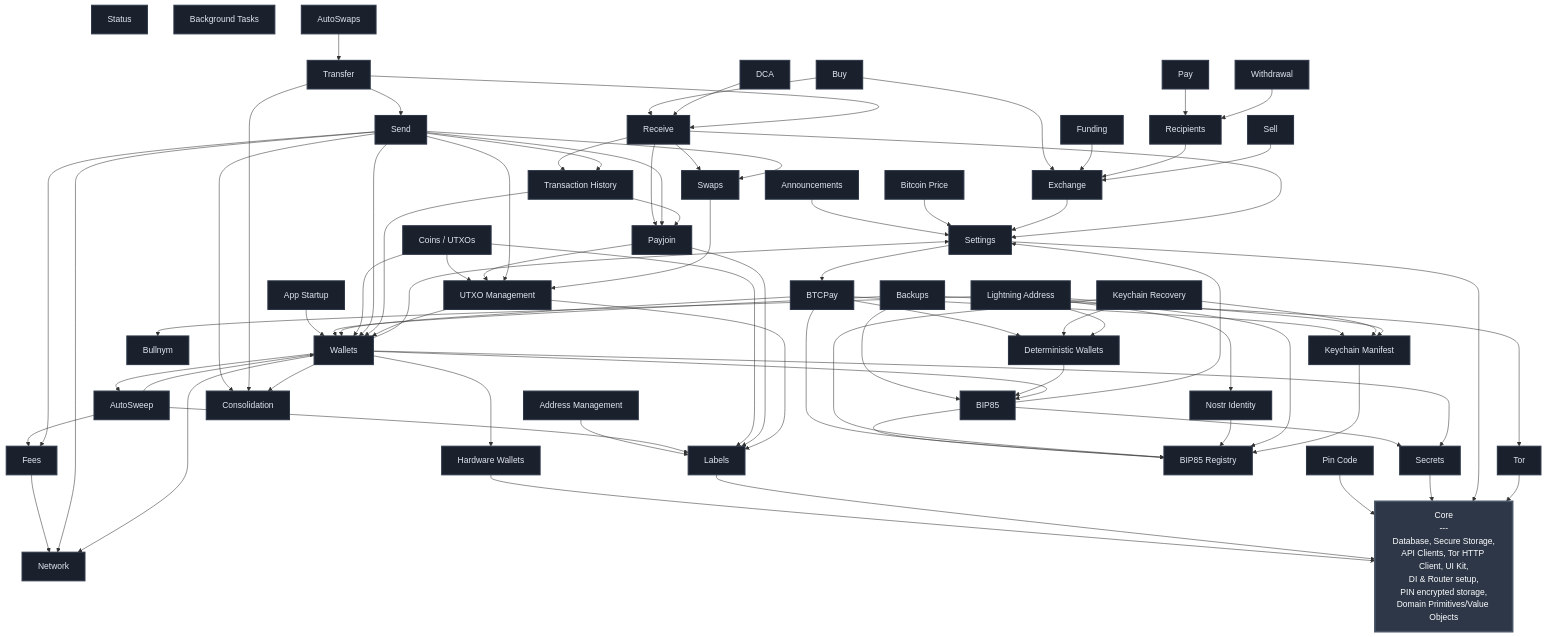
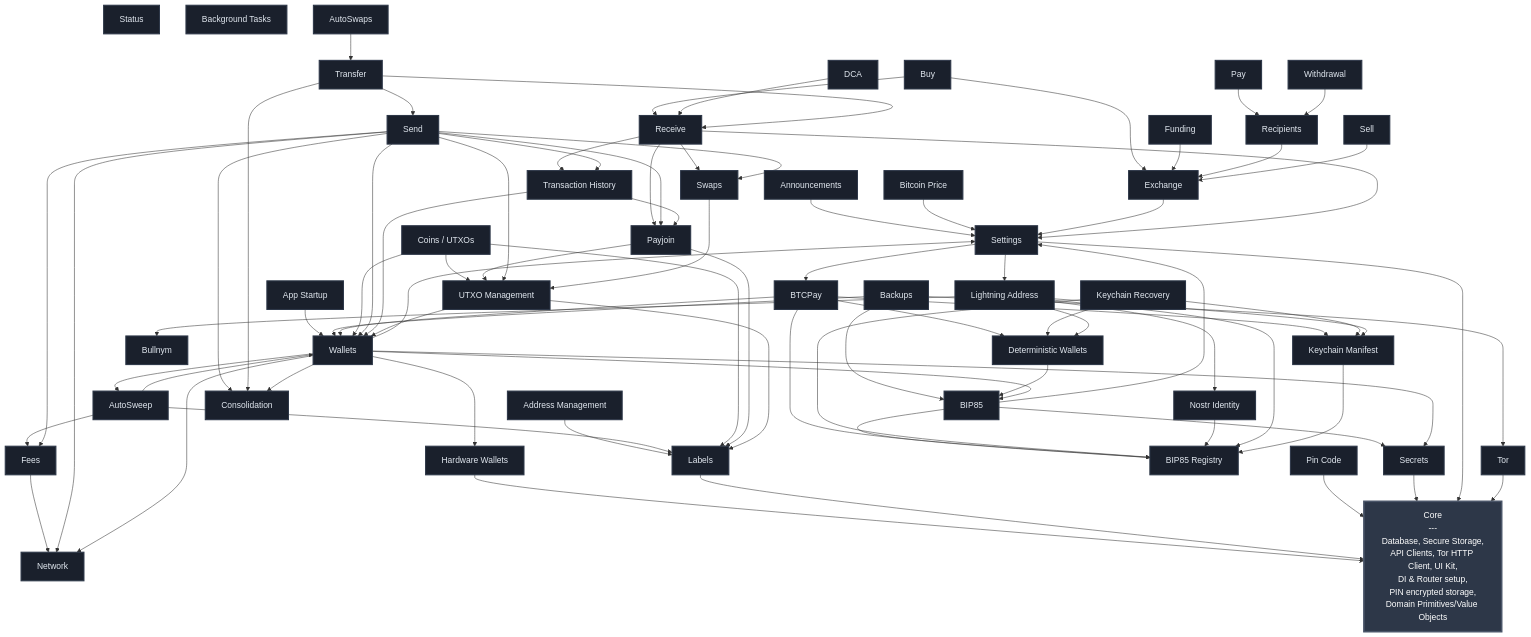
Before and after one commit to BullishNode/bullbitcoin-mobile: the diagram in FEATURES.md, drawn with Mermaid. The commit also changed 14 other files, not shown here.

Commit message:
feat(lightning_address): add activation status UI

```diff
--- a/FEATURES.md
+++ b/FEATURES.md
@@ -122,6 +122,7 @@
     SEND --> WALLETS
     SETTINGS --> BTCPAY
     SETTINGS --> CORE
+    SETTINGS --> LIGHTNING_ADDRESS
     SWAPS --> UTXO_MGMT
     TOR --> CORE
     TRANSFER --> CONSOLIDATION
```
